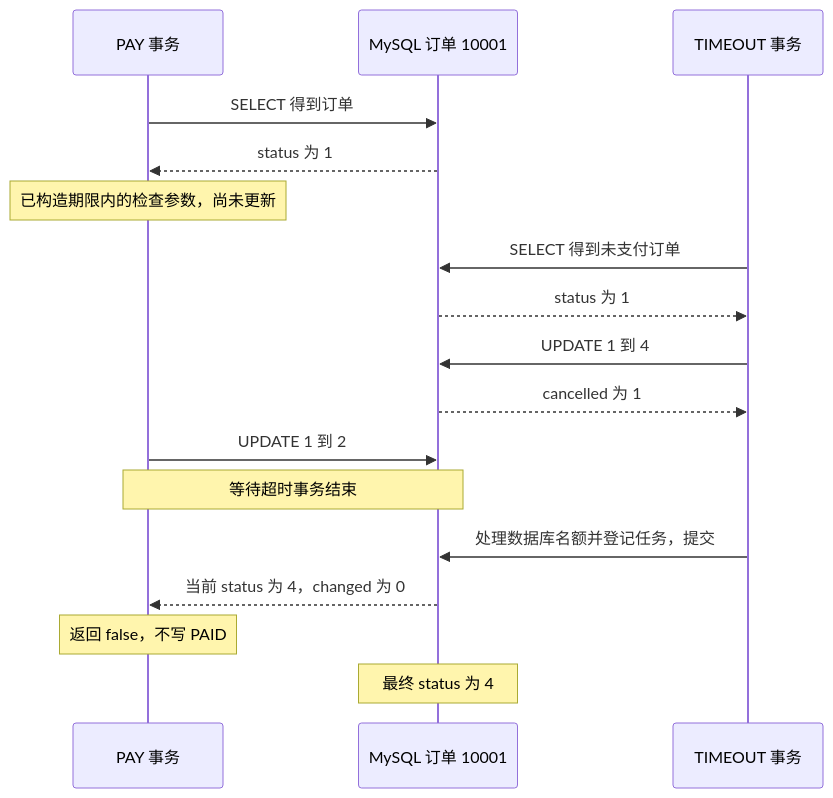
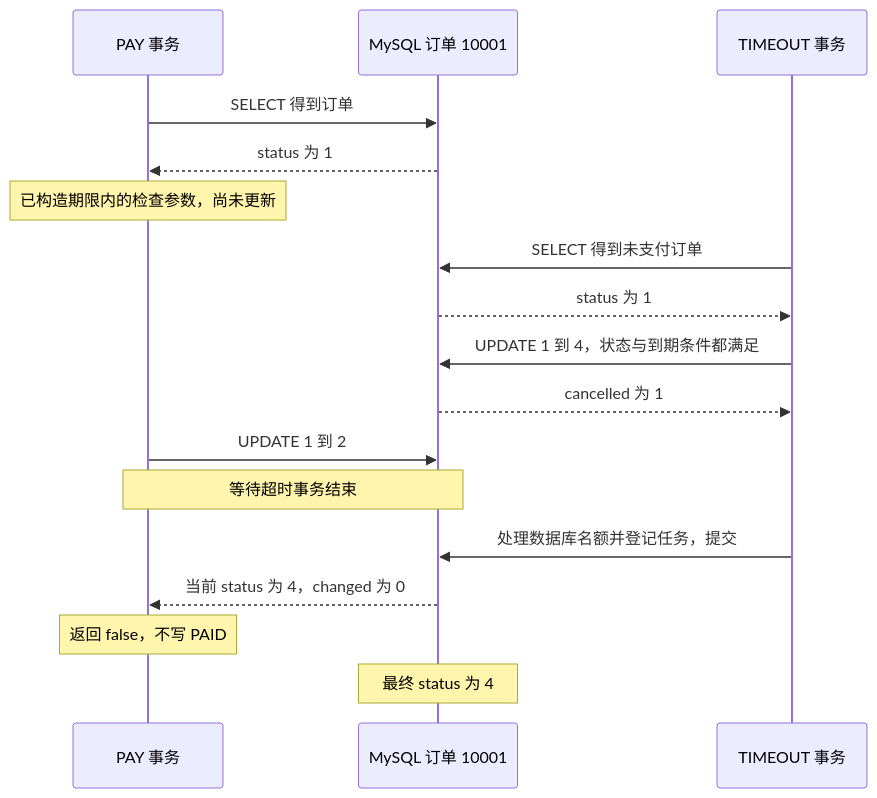
The third of 8 diagrams in 02-订单状态机与并发控制.md (SyH-101/citypass-platform), drawn with Mermaid before and after one commit. The commit also changed other lines of this file and 1 other file, not shown here.

````diff
--- a/02-订单状态机与并发控制.md
+++ b/02-订单状态机与并发控制.md
@@ -636,19 +637,19 @@
 ```mermaid
 sequenceDiagram
     participant P as PAY 事务
     participant D as MySQL 订单 10001
     participant T as TIMEOUT 事务
     P->>D: SELECT 得到订单
     D-->>P: status 为 1
     Note over P: 已构造期限内的检查参数，尚未更新
     T->>D: SELECT 得到未支付订单
     D-->>T: status 为 1
-    T->>D: UPDATE 1 到 4
+    T->>D: UPDATE 1 到 4，状态与到期条件都满足
     D-->>T: cancelled 为 1
     P->>D: UPDATE 1 到 2
     Note over P,D: 等待超时事务结束
     T->>D: 处理数据库名额并登记任务，提交
     D-->>P: 当前 status 为 4，changed 为 0
     Note over P: 返回 false，不写 PAID
     Note over D: 最终 status 为 4
 ```
````
